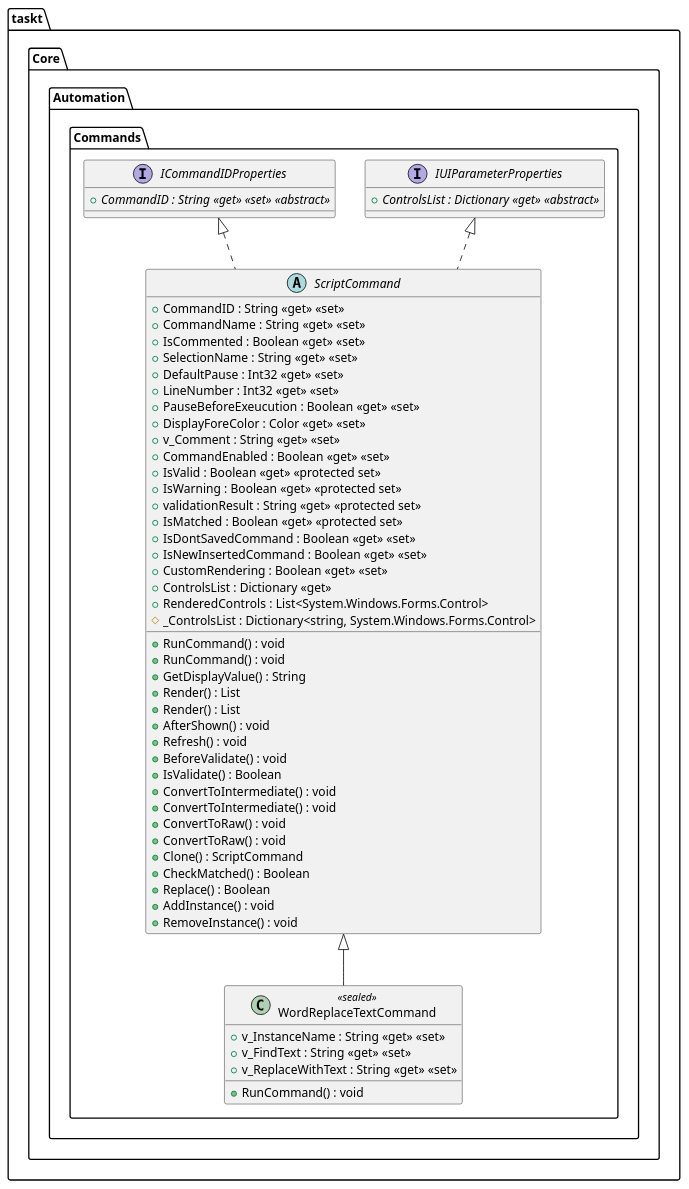
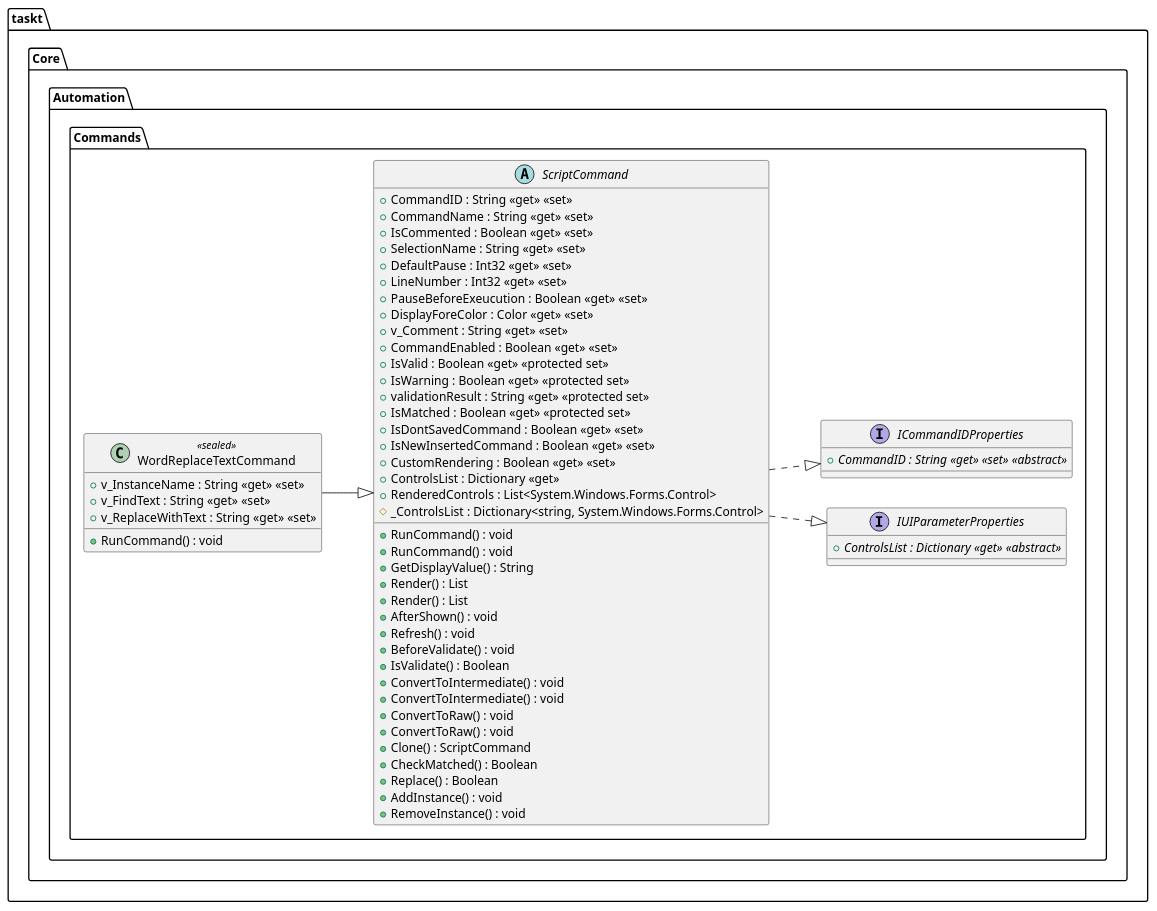
Before and after one commit to saucepleez/taskt: the diagram in taskt/Core/Automation/Commands/WordGroup/WordReplaceTextCommand.puml, drawn with PlantUML. The commit also changed 1201 other files, not shown here.

```diff
--- a/taskt/Core/Automation/Commands/WordGroup/WordReplaceTextCommand.puml
+++ b/taskt/Core/Automation/Commands/WordGroup/WordReplaceTextCommand.puml
@@ -1,70 +1,70 @@
 @startuml
+left to right direction
 package "taskt.Core.Automation.Commands"{
 class "WordReplaceTextCommand" <<sealed>> {
 +RunCommand() : void 
 +v_InstanceName : String <<get>> <<set>> 
 +v_FindText : String <<get>> <<set>> 
 +v_ReplaceWithText : String <<get>> <<set>> 
 }
 }
 
 package "taskt.Core.Automation.Commands"{
 abstract class "ScriptCommand"{
 +RunCommand() : void 
 +RunCommand() : void 
 +GetDisplayValue() : String
 +Render() : List
 +Render() : List
 +AfterShown() : void 
 +Refresh() : void 
 +BeforeValidate() : void 
 +IsValidate() : Boolean
 +ConvertToIntermediate() : void 
 +ConvertToIntermediate() : void 
 +ConvertToRaw() : void 
 +ConvertToRaw() : void 
 +Clone() : ScriptCommand
 +CheckMatched() : Boolean
 +Replace() : Boolean
 +AddInstance() : void 
 +RemoveInstance() : void 
 +CommandID : String <<get>> <<set>> 
 +CommandName : String <<get>> <<set>> 
 +IsCommented : Boolean <<get>> <<set>> 
 +SelectionName : String <<get>> <<set>> 
 +DefaultPause : Int32 <<get>> <<set>> 
 +LineNumber : Int32 <<get>> <<set>> 
 +PauseBeforeExeucution : Boolean <<get>> <<set>> 
 +DisplayForeColor : Color <<get>> <<set>> 
 +v_Comment : String <<get>> <<set>> 
 +CommandEnabled : Boolean <<get>> <<set>> 
 +IsValid : Boolean <<get>> <<protected set>>
 +IsWarning : Boolean <<get>> <<protected set>>
 +validationResult : String <<get>> <<protected set>>
 +IsMatched : Boolean <<get>> <<protected set>>
 +IsDontSavedCommand : Boolean <<get>> <<set>> 
 +IsNewInsertedCommand : Boolean <<get>> <<set>> 
 +CustomRendering : Boolean <<get>> <<set>> 
 +ControlsList : Dictionary <<get>> 
 +RenderedControls : List<System.Windows.Forms.Control>
 #_ControlsList : Dictionary<string, System.Windows.Forms.Control>
 }
 }
 
 package "taskt.Core.Automation.Commands"{
 Interface "IUIParameterProperties" {
 +{abstract} ControlsList : Dictionary <<get>> <<abstract>> 
 }
 }
 
 package "taskt.Core.Automation.Commands"{
 Interface "ICommandIDProperties" {
 +{abstract} CommandID : String <<get>> <<set>> <<abstract>> 
 }
 }
 
-
-taskt.Core.Automation.Commands.ScriptCommand <|-- taskt.Core.Automation.Commands.WordReplaceTextCommand
-taskt.Core.Automation.Commands.IUIParameterProperties <|.. taskt.Core.Automation.Commands.ScriptCommand
-taskt.Core.Automation.Commands.ICommandIDProperties <|.. taskt.Core.Automation.Commands.ScriptCommand
+taskt.Core.Automation.Commands.WordReplaceTextCommand --|> taskt.Core.Automation.Commands.ScriptCommand
+taskt.Core.Automation.Commands.ScriptCommand ..|> taskt.Core.Automation.Commands.IUIParameterProperties
+taskt.Core.Automation.Commands.ScriptCommand ..|> taskt.Core.Automation.Commands.ICommandIDProperties
 @enduml
```
